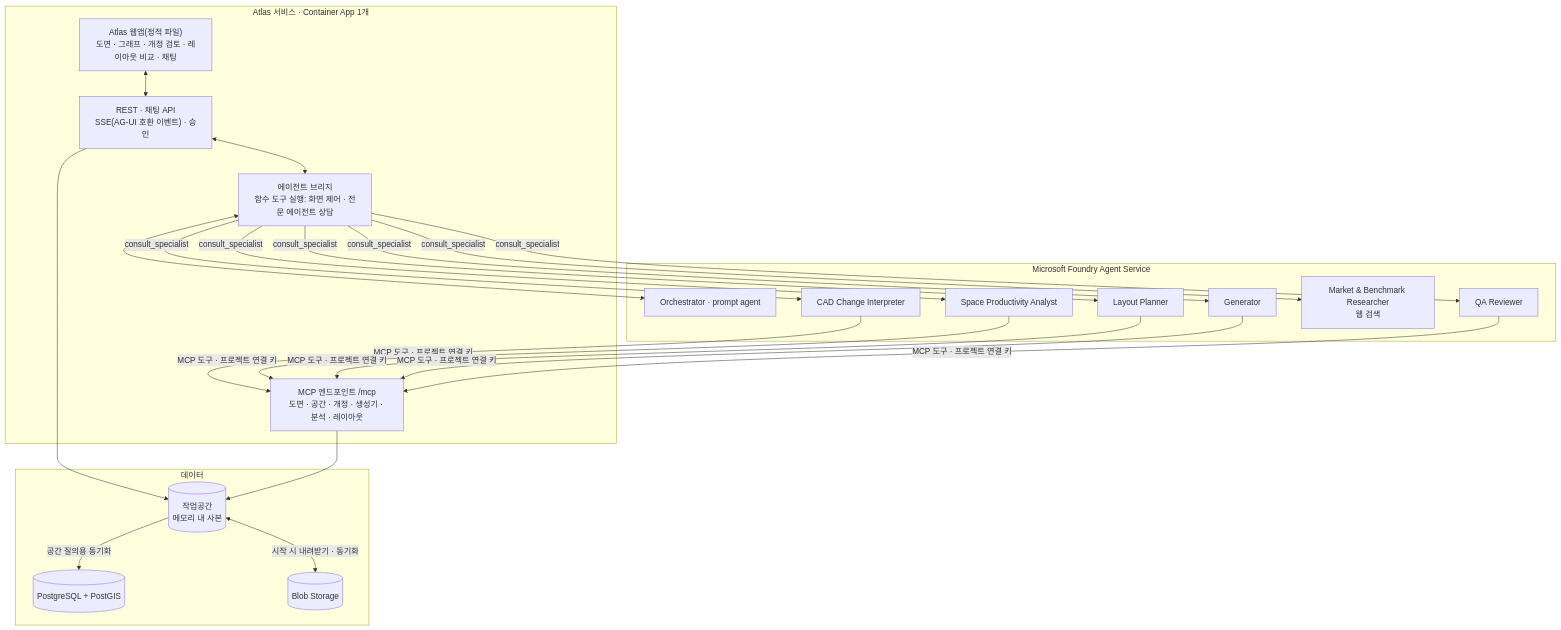
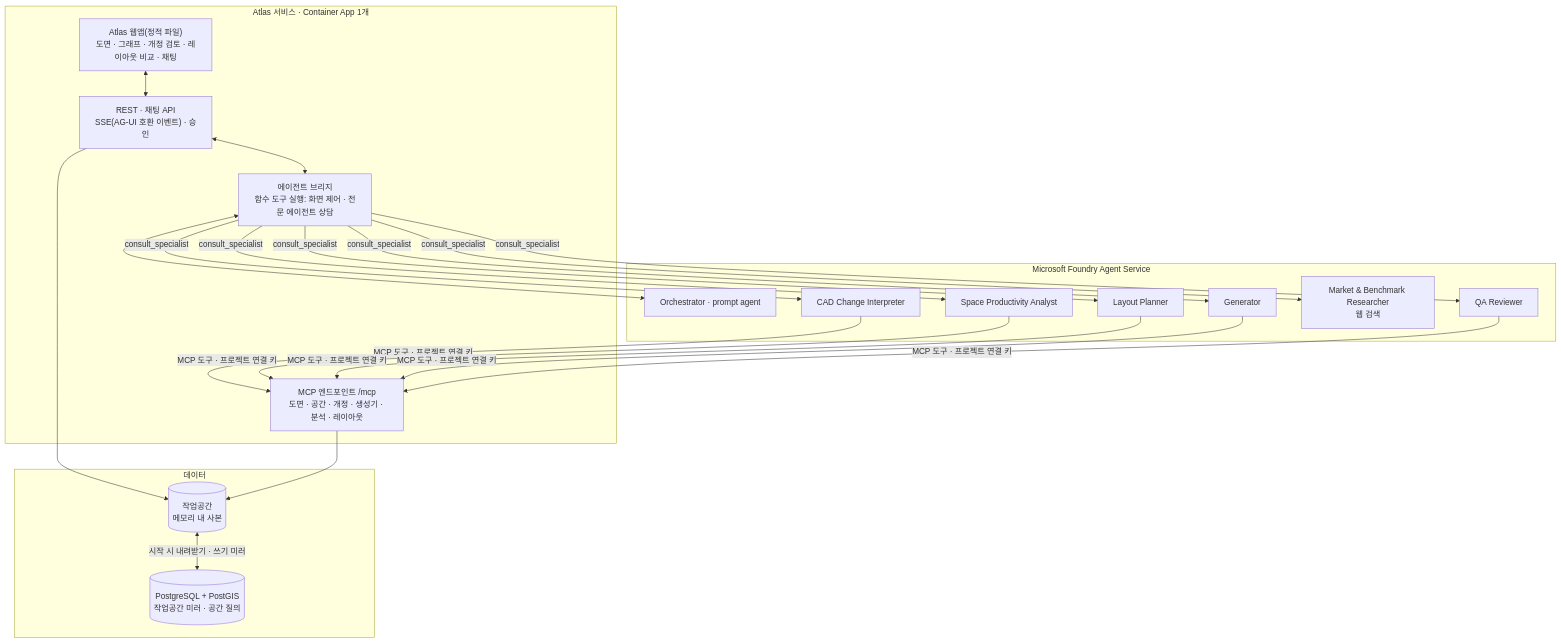
One commit to EON-LEE/hd-cad2anything changed the diagram in docs/architecture.md. Above: the diagram before and after it, drawn with Mermaid. The commit also changed other lines of this file and 9 other files, not shown here.

First line of the commit message:
feat(store): mirror the workspace to PostgreSQL and stream specialist tool calls

````diff
--- a/docs/architecture.md
+++ b/docs/architecture.md
@@ -16,29 +16,27 @@
 ```mermaid
 flowchart TB
     subgraph ATLAS["Atlas 서비스 · Container App 1개"]
         UI["Atlas 웹앱(정적 파일)<br/>도면 · 그래프 · 개정 검토 · 레이아웃 비교 · 채팅"]
         API["REST · 채팅 API<br/>SSE(AG-UI 호환 이벤트) · 승인"]
         BR["에이전트 브리지<br/>함수 도구 실행: 화면 제어 · 전문 에이전트 상담"]
         MCP["MCP 엔드포인트 /mcp<br/>도면 · 공간 · 개정 · 생성기 · 분석 · 레이아웃"]
     end
     subgraph FDY["Microsoft Foundry Agent Service"]
         ORC["Orchestrator · prompt agent"]
         A1["CAD Change Interpreter"]
         A2["Space Productivity Analyst"]
         A3["Layout Planner"]
         A4["Generator"]
         A5["Market & Benchmark Researcher<br/>웹 검색"]
         A6["QA Reviewer"]
     end
     subgraph DATA["데이터"]
         WS[("작업공간<br/>메모리 내 사본")]
-        PG[("PostgreSQL + PostGIS")]
-        BLOB[("Blob Storage")]
+        PG[("PostgreSQL + PostGIS<br/>작업공간 미러 · 공간 질의")]
     end
     UI <--> API <--> BR <--> ORC
     BR -->|consult_specialist| A1 & A2 & A3 & A4 & A5 & A6
     A1 & A2 & A3 & A4 & A6 -->|MCP 도구 · 프로젝트 연결 키| MCP
     API & MCP --> WS
-    WS <-->|시작 시 내려받기 · 동기화| BLOB
-    WS -->|공간 질의용 동기화| PG
+    WS <-->|시작 시 내려받기 · 쓰기 미러| PG
 ```
````
